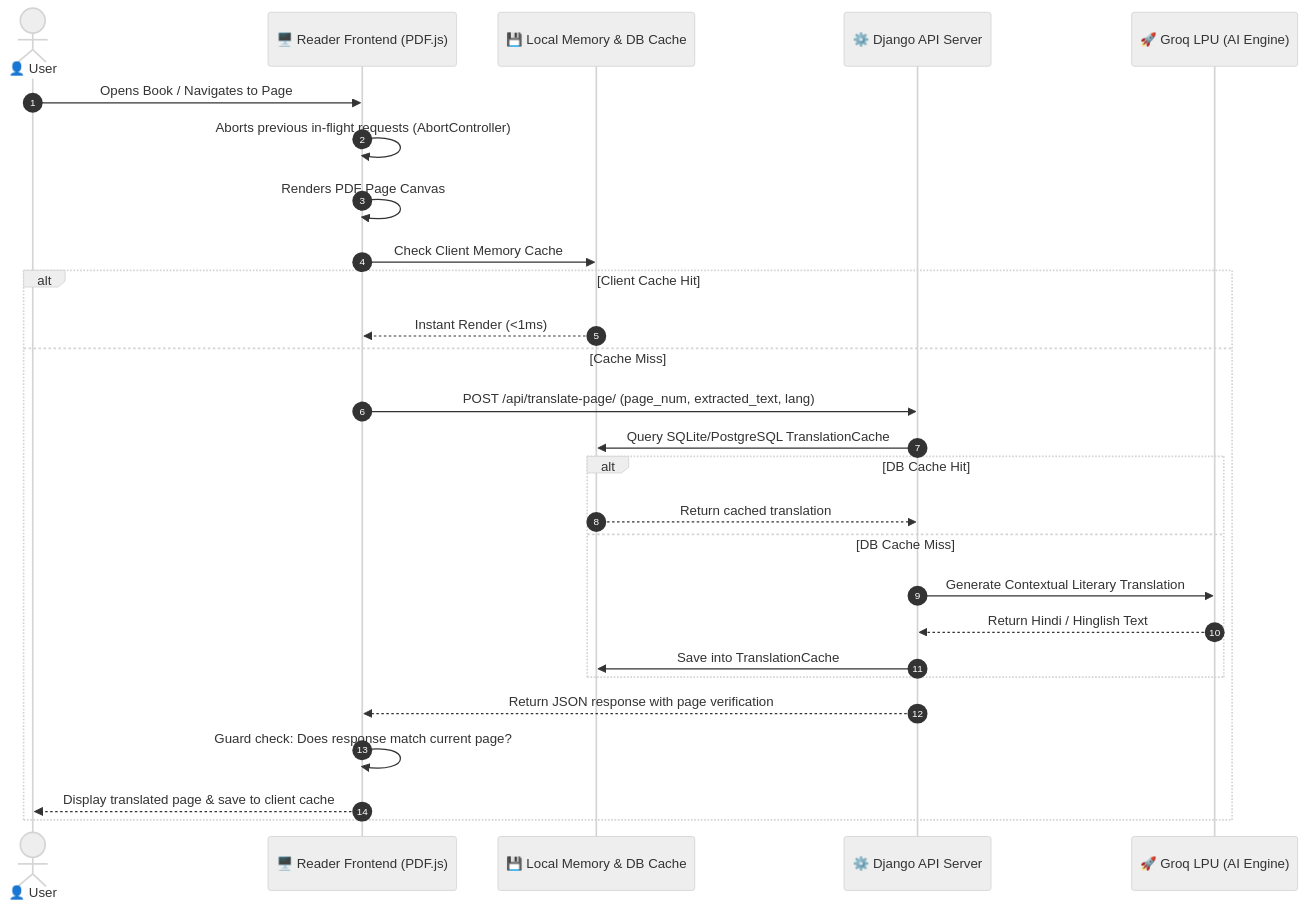
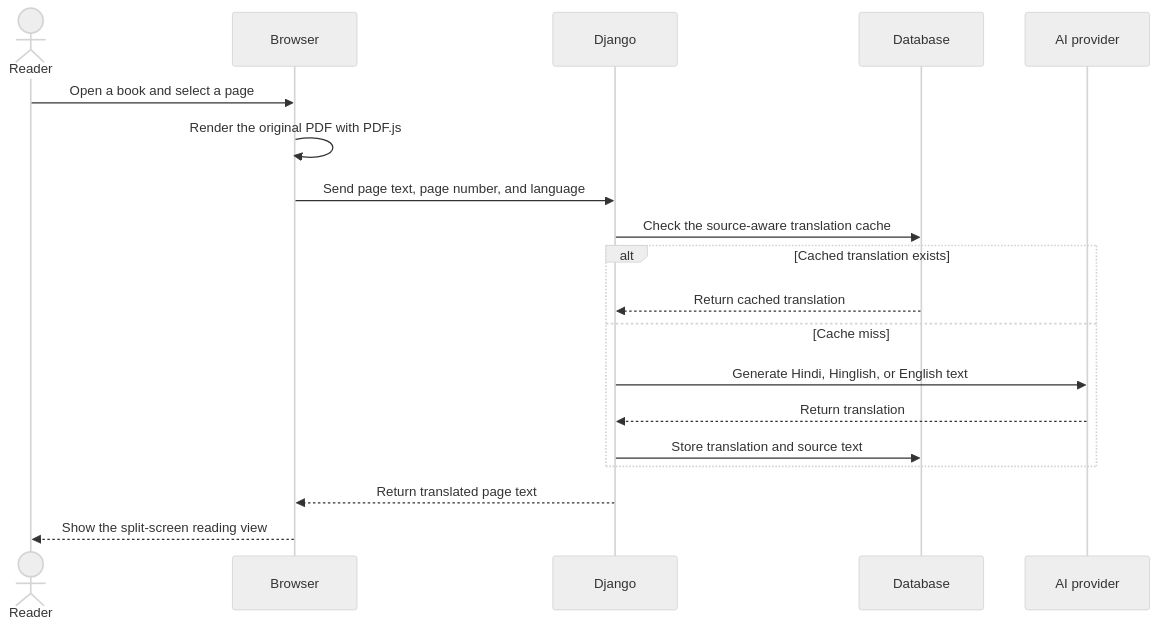
The diagram in README.md (aryamaddy/book-translation), drawn with Mermaid (neutral theme) before and after one commit. The commit also changed other lines of this file, not shown here.

````diff
--- a/README.md
+++ b/README.md
@@ -48,31 +57,22 @@
 ```mermaid
 sequenceDiagram
-    autonumber
-    actor Reader as 👤 User
-    participant Browser as 🖥️ Reader Frontend (PDF.js)
-    participant Cache as 💾 Local Memory & DB Cache
-    participant Django as ⚙️ Django API Server
-    participant Groq as 🚀 Groq LPU (AI Engine)
+    actor Reader
+    participant Browser
+    participant Django
+    participant Database
+    participant AI as AI provider
 
-    Reader->>Browser: Opens Book / Navigates to Page
-    Browser->>Browser: Aborts previous in-flight requests (AbortController)
-    Browser->>Browser: Renders PDF Page Canvas
-    Browser->>Cache: Check Client Memory Cache
-    
-    alt Client Cache Hit
-        Cache-->>Browser: Instant Render (<1ms)
-    else Cache Miss
-        Browser->>Django: POST /api/translate-page/ (page_num, extracted_text, lang)
-        Django->>Cache: Query SQLite/PostgreSQL TranslationCache
-        alt DB Cache Hit
-            Cache-->>Django: Return cached translation
-        else DB Cache Miss
-            Django->>Groq: Generate Contextual Literary Translation
-            Groq-->>Django: Return Hindi / Hinglish Text
-            Django->>Cache: Save into TranslationCache
-        end
-        Django-->>Browser: Return JSON response with page verification
-        Browser->>Browser: Guard check: Does response match current page?
-        Browser-->>Reader: Display translated page & save to client cache
+    Reader->>Browser: Open a book and select a page
+    Browser->>Browser: Render the original PDF with PDF.js
+    Browser->>Django: Send page text, page number, and language
+    Django->>Database: Check the source-aware translation cache
+    alt Cached translation exists
+        Database-->>Django: Return cached translation
+    else Cache miss
+        Django->>AI: Generate Hindi, Hinglish, or English text
+        AI-->>Django: Return translation
+        Django->>Database: Store translation and source text
     end
+    Django-->>Browser: Return translated page text
+    Browser-->>Reader: Show the split-screen reading view
 ```
````
